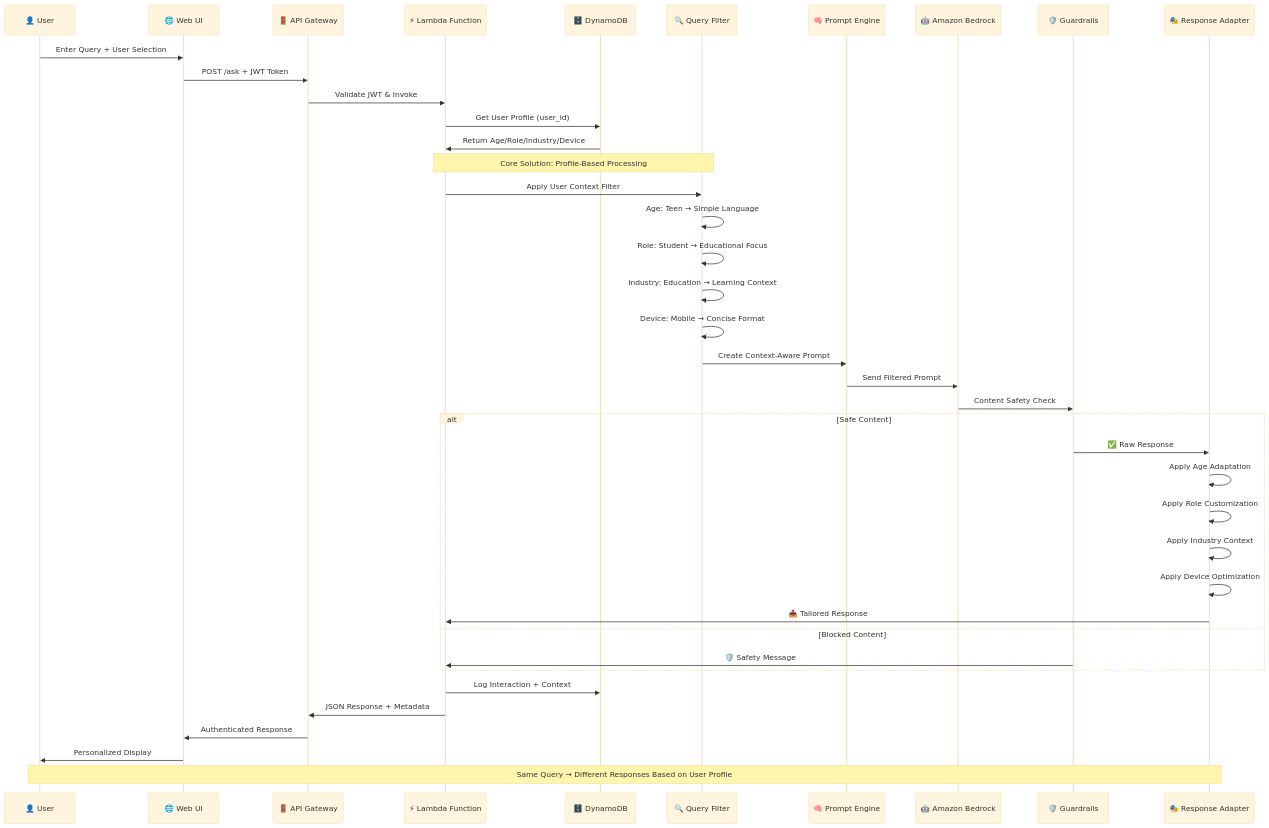
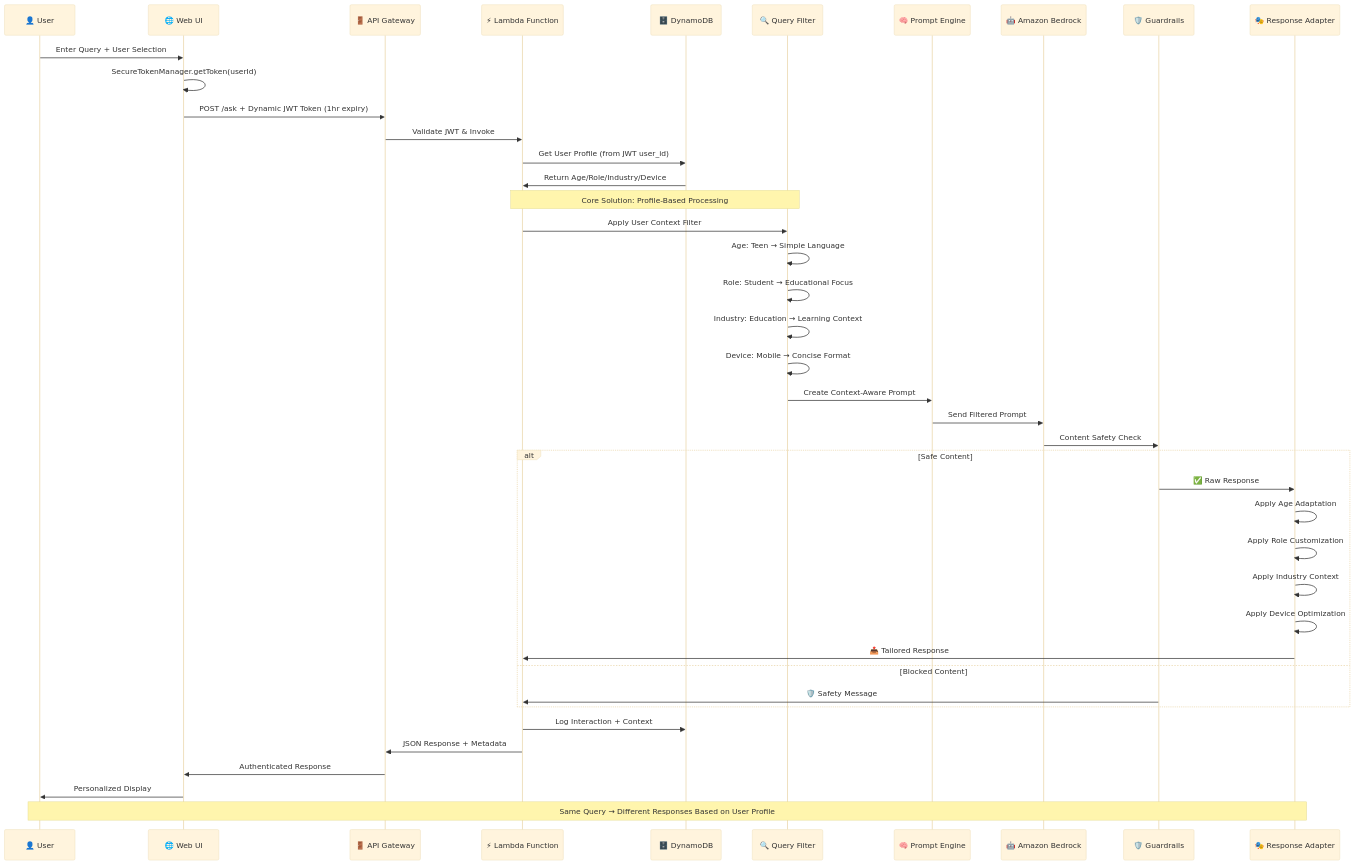
Before and after one commit to aws-samples/sample-age-responsive-context-aware-ai-bedrock-guardrails: the second of 4 diagrams in docs/architecture.md, drawn with Mermaid (base theme). The commit also changed other lines of this file and 28 other files, not shown here.

````diff
--- a/docs/architecture.md
+++ b/docs/architecture.md
@@ -19,48 +19,49 @@
 ```mermaid
 sequenceDiagram
     participant U as 👤 User
     participant W as 🌐 Web UI
     participant A as 🚪 API Gateway
     participant L as ⚡ Lambda Function
     participant D as 🗄️ DynamoDB
     participant F as 🔍 Query Filter
     participant P as 🧠 Prompt Engine
     participant B as 🤖 Amazon Bedrock
     participant G as 🛡️ Guardrails
     participant R as 🎭 Response Adapter
     
     U->>W: Enter Query + User Selection
-    W->>A: POST /ask + JWT Token
+    W->>W: SecureTokenManager.getToken(userId)
+    W->>A: POST /ask + Dynamic JWT Token (1hr expiry)
     A->>L: Validate JWT & Invoke
-    L->>D: Get User Profile (user_id)
+    L->>D: Get User Profile (from JWT user_id)
     D->>L: Return Age/Role/Industry/Device
     
     Note over L,F: Core Solution: Profile-Based Processing
     L->>F: Apply User Context Filter
     F->>F: Age: Teen → Simple Language
     F->>F: Role: Student → Educational Focus
     F->>F: Industry: Education → Learning Context
     F->>F: Device: Mobile → Concise Format
     
     F->>P: Create Context-Aware Prompt
     P->>B: Send Filtered Prompt
     B->>G: Content Safety Check
     
     alt Safe Content
         G->>R: ✅ Raw Response
         R->>R: Apply Age Adaptation
         R->>R: Apply Role Customization
         R->>R: Apply Industry Context
         R->>R: Apply Device Optimization
         R->>L: 📤 Tailored Response
     else Blocked Content
         G->>L: 🛡️ Safety Message
     end
     
     L->>D: Log Interaction + Context
     L->>A: JSON Response + Metadata
     A->>W: Authenticated Response
     W->>U: Personalized Display
     
     Note over U,R: Same Query → Different Responses Based on User Profile
 ```
````
